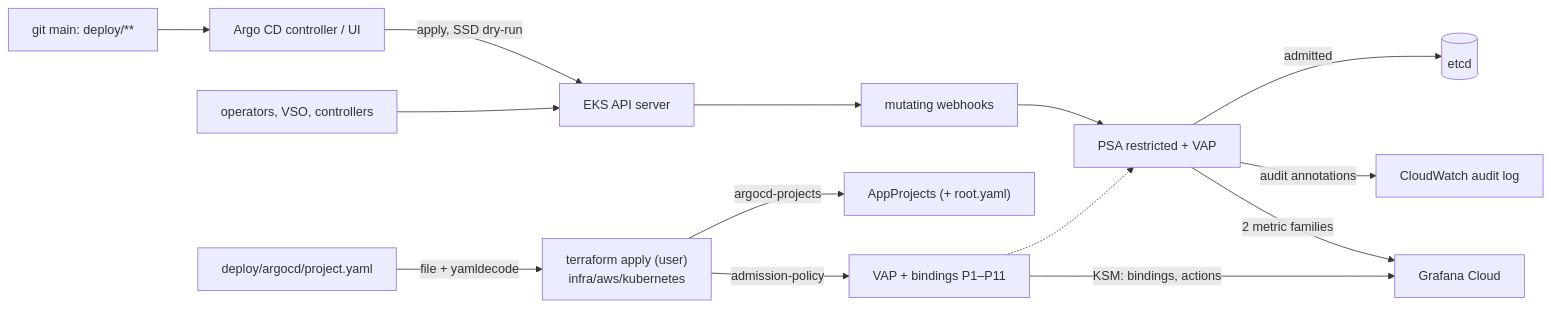
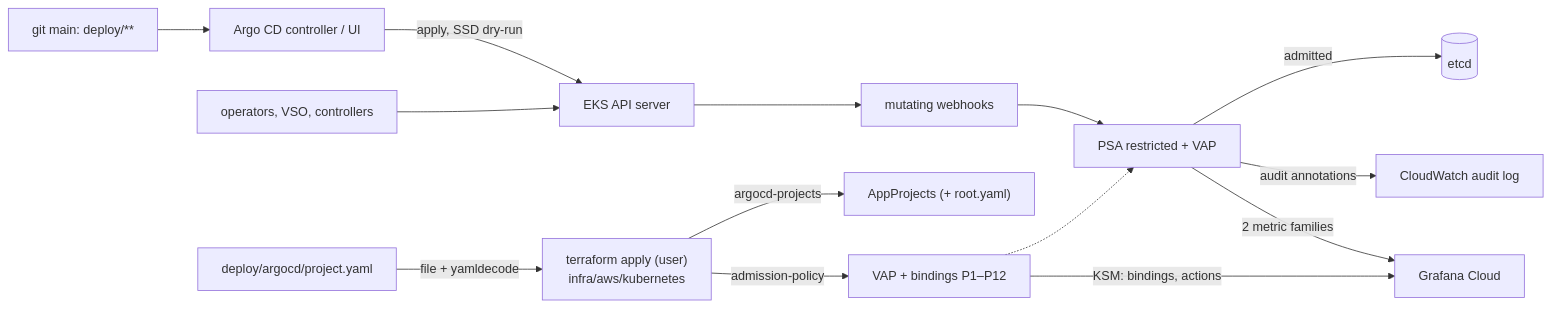
One commit to timkrebs/ryft-platform changed the diagram in docs/work/2026-10-23-admission/design.md. Above: the diagram before and after it, drawn with Mermaid. The commit also changed other lines of this file and 3 other files, not shown here.

````diff
--- a/docs/work/2026-10-23-admission/design.md
+++ b/docs/work/2026-10-23-admission/design.md
@@ -204,15 +208,15 @@
 ```mermaid
 flowchart LR
-  TF["terraform apply (user)<br/>infra/aws/kubernetes"] -->|admission-policy| POL["VAP + bindings P1–P11"]
+  TF["terraform apply (user)<br/>infra/aws/kubernetes"] -->|admission-policy| POL["VAP + bindings P1–P12"]
   TF -->|argocd-projects| PRJ["AppProjects (+ root.yaml)"]
   PF["deploy/argocd/project.yaml"] -->|file + yamldecode| TF
   GIT["git main: deploy/**"] --> ARGO["Argo CD controller / UI"]
   ARGO -->|apply, SSD dry-run| API["EKS API server"]
   CTRL["operators, VSO, controllers"] --> API
   API --> MUT["mutating webhooks"] --> VAL["PSA restricted + VAP"]
   POL -.-> VAL
   VAL -->|admitted| ETCD[("etcd")]
   VAL -->|audit annotations| CW["CloudWatch audit log"]
   VAL -->|2 metric families| GC["Grafana Cloud"]
   POL -->|KSM: bindings, actions| GC
 ```
````
